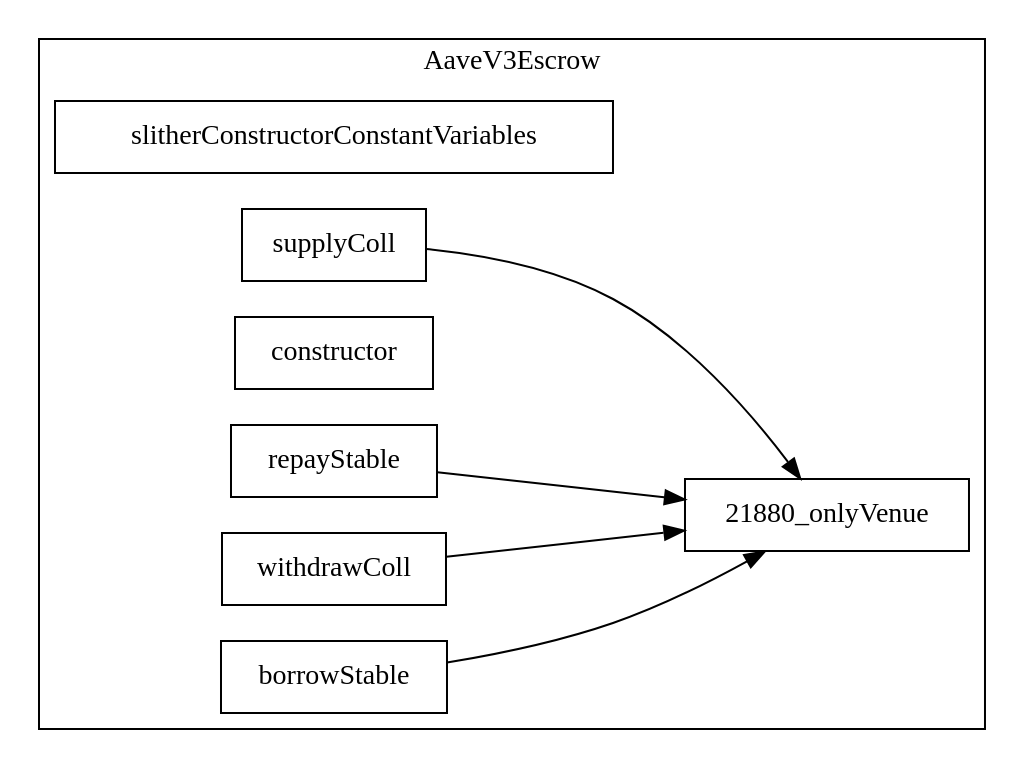
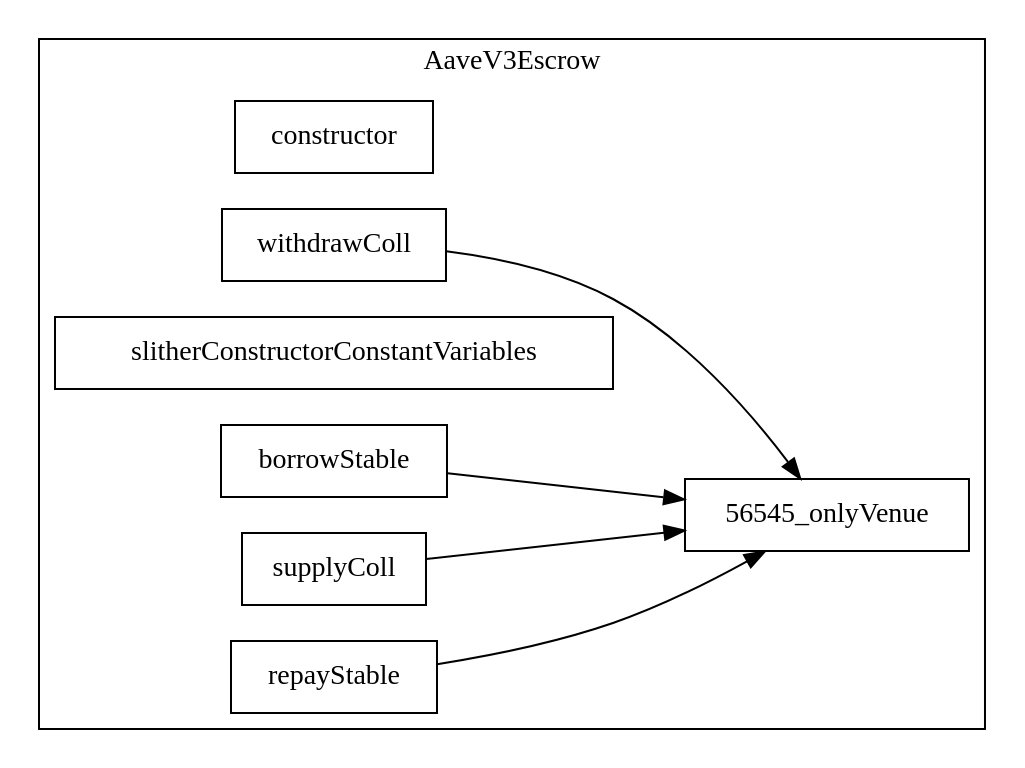
Before and after one commit to quidmints/SPV: the diagram in evm/slither-out/...AaveV3Escrow.call-graph.dot, drawn with Graphviz. The commit also changed 98 other files, not shown here.

First line of the commit message:
Regenerate slither-out: it described an architecture deleted 12 days ago

```diff
--- a/evm/slither-out/...AaveV3Escrow.call-graph.dot
+++ b/evm/slither-out/...AaveV3Escrow.call-graph.dot
@@ -1,19 +1,19 @@
 strict digraph {
 rankdir="LR"
 node [shape=box]
-subgraph cluster_21880_AaveV3Escrow {
+subgraph cluster_56545_AaveV3Escrow {
 label = "AaveV3Escrow"
-"21880_slitherConstructorConstantVariables" [label="slitherConstructorConstantVariables"]
-"21880_supplyColl" [label="supplyColl"]
-"21880_constructor" [label="constructor"]
-"21880_repayStable" [label="repayStable"]
-"21880_withdrawColl" [label="withdrawColl"]
-"21880_borrowStable" [label="borrowStable"]
-"21880_supplyColl" -> "21880_onlyVenue"
-"21880_repayStable" -> "21880_onlyVenue"
-"21880_borrowStable" -> "21880_onlyVenue"
-"21880_withdrawColl" -> "21880_onlyVenue"
+"56545_constructor" [label="constructor"]
+"56545_withdrawColl" [label="withdrawColl"]
+"56545_slitherConstructorConstantVariables" [label="slitherConstructorConstantVariables"]
+"56545_borrowStable" [label="borrowStable"]
+"56545_supplyColl" [label="supplyColl"]
+"56545_repayStable" [label="repayStable"]
+"56545_borrowStable" -> "56545_onlyVenue"
+"56545_withdrawColl" -> "56545_onlyVenue"
+"56545_supplyColl" -> "56545_onlyVenue"
+"56545_repayStable" -> "56545_onlyVenue"
 }subgraph cluster_solidity {
 label = "[Solidity]"
 }
 }
```
